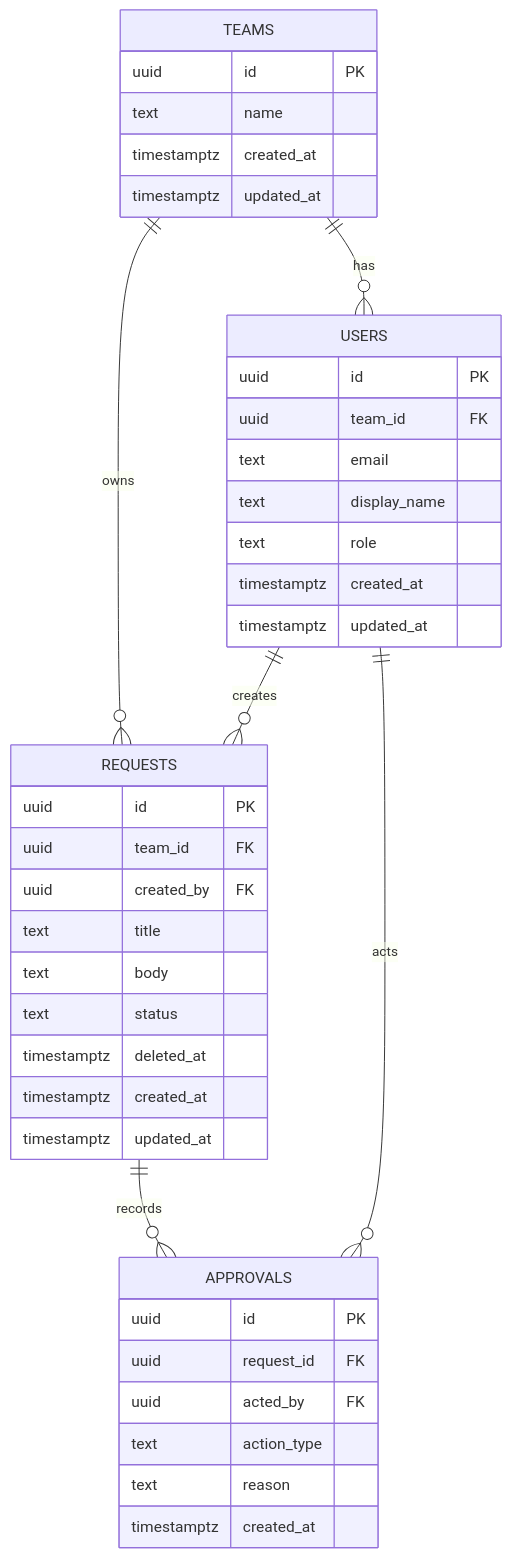
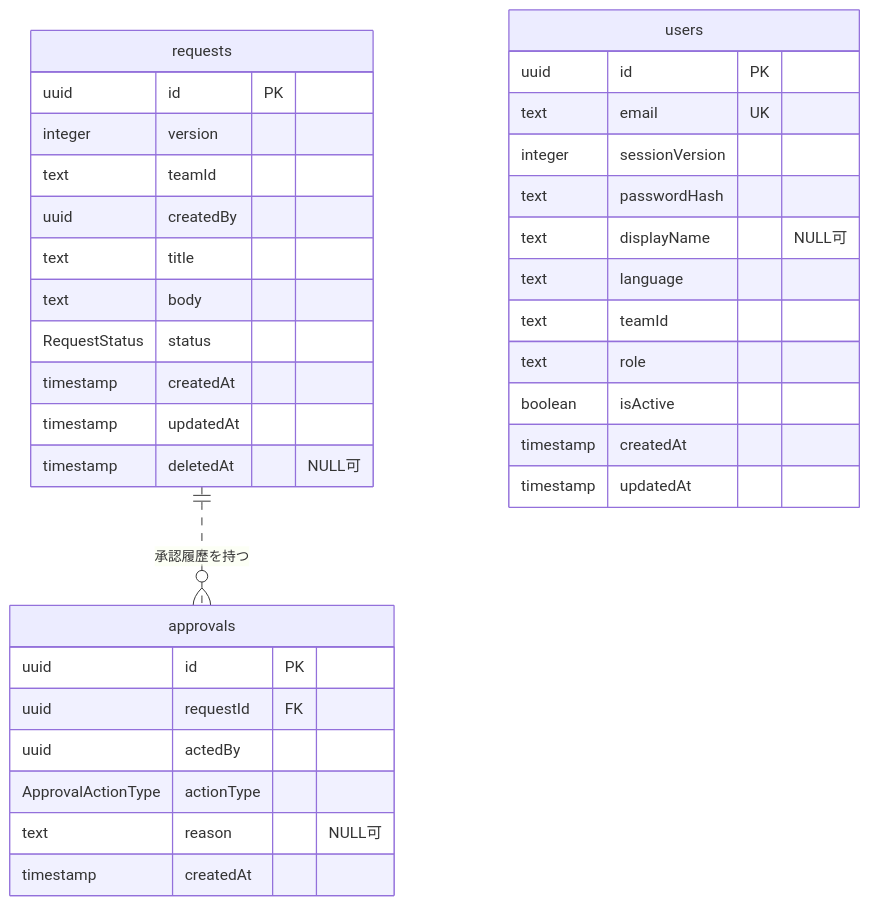
The diagram in docs/ERD.md (Czmirror/MiniFlow), drawn with Mermaid before and after one commit. The commit also changed other lines of this file and 1 other file, not shown here.

Commit message:
現行Prismaスキーマに合わせてER図を更新

````diff
--- a/docs/ERD.md
+++ b/docs/ERD.md
@@ -14,46 +7,40 @@
 ```mermaid
 erDiagram
-  TEAMS ||--o{ USERS : has
-  TEAMS ||--o{ REQUESTS : owns
-  USERS ||--o{ REQUESTS : creates
-  REQUESTS ||--o{ APPROVALS : records
-  USERS ||--o{ APPROVALS : acts
+  requests ||..o{ approvals : "承認履歴を持つ"
 
-  TEAMS {
+  users {
     uuid id PK
-    text name
-    timestamptz created_at
-    timestamptz updated_at
+    text email UK
+    integer sessionVersion
+    text passwordHash
+    text displayName "NULL可"
+    text language
+    text teamId
+    text role
+    boolean isActive
+    timestamp createdAt
+    timestamp updatedAt
   }
 
-  USERS {
+  requests {
     uuid id PK
-    uuid team_id FK
-    text email
-    text display_name
-    text role
-    timestamptz created_at
-    timestamptz updated_at
+    integer version
+    text teamId
+    uuid createdBy
+    text title
+    text body
+    RequestStatus status
+    timestamp createdAt
+    timestamp updatedAt
+    timestamp deletedAt "NULL可"
   }
 
-  REQUESTS {
+  approvals {
     uuid id PK
-    uuid team_id FK
-    uuid created_by FK
-    text title
-    text body
-    text status
-    timestamptz deleted_at
-    timestamptz created_at
-    timestamptz updated_at
-  }
-
-  APPROVALS {
-    uuid id PK
-    uuid request_id FK
-    uuid acted_by FK
-    text action_type
-    text reason
-    timestamptz created_at
+    uuid requestId FK
+    uuid actedBy
+    ApprovalActionType actionType
+    text reason "NULL可"
+    timestamp createdAt
   }
 ```
````
